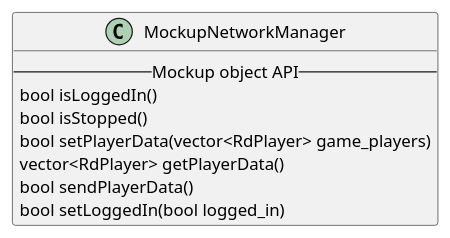
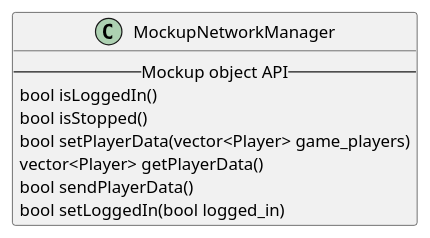
One commit to asrob-uc3m/robotDevastation-developer-manual changed the second of 2 diagrams in en/network-manager.md. Above: the diagram before and after it, drawn with PlantUML. The commit also changed other lines of this file and 9 other files, not shown here.

```diff
--- a/en/network-manager.md
+++ b/en/network-manager.md
@@ -62,12 +62,12 @@
 {% plantuml %}
 
 class MockupNetworkManager {
 -- Mockup object API --
 bool isLoggedIn()
 bool isStopped()
-bool setPlayerData(vector<RdPlayer> game_players)
-vector<RdPlayer> getPlayerData()
+bool setPlayerData(vector<Player> game_players)
+vector<Player> getPlayerData()
 bool sendPlayerData()
 bool setLoggedIn(bool logged_in)
 }
 {% endplantuml %}
```
